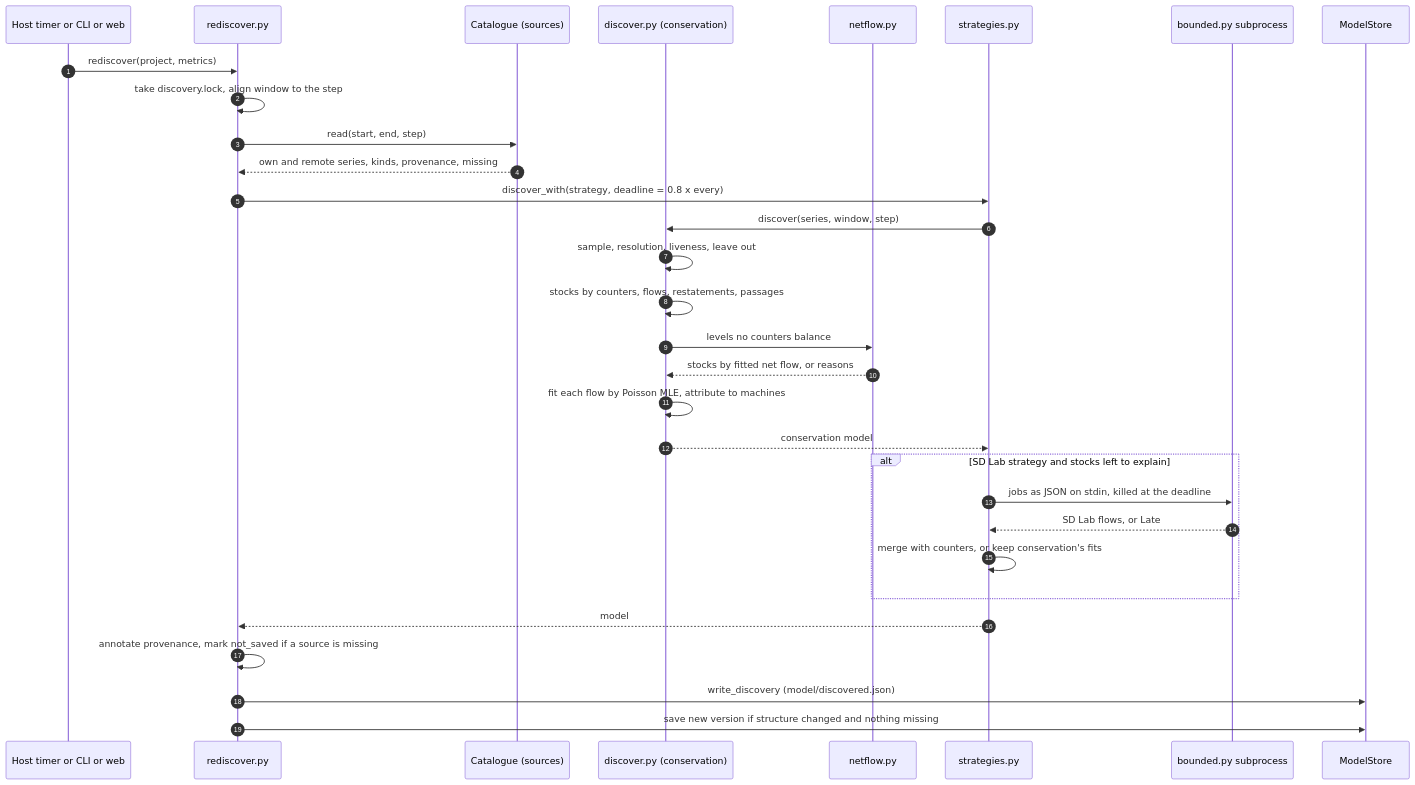
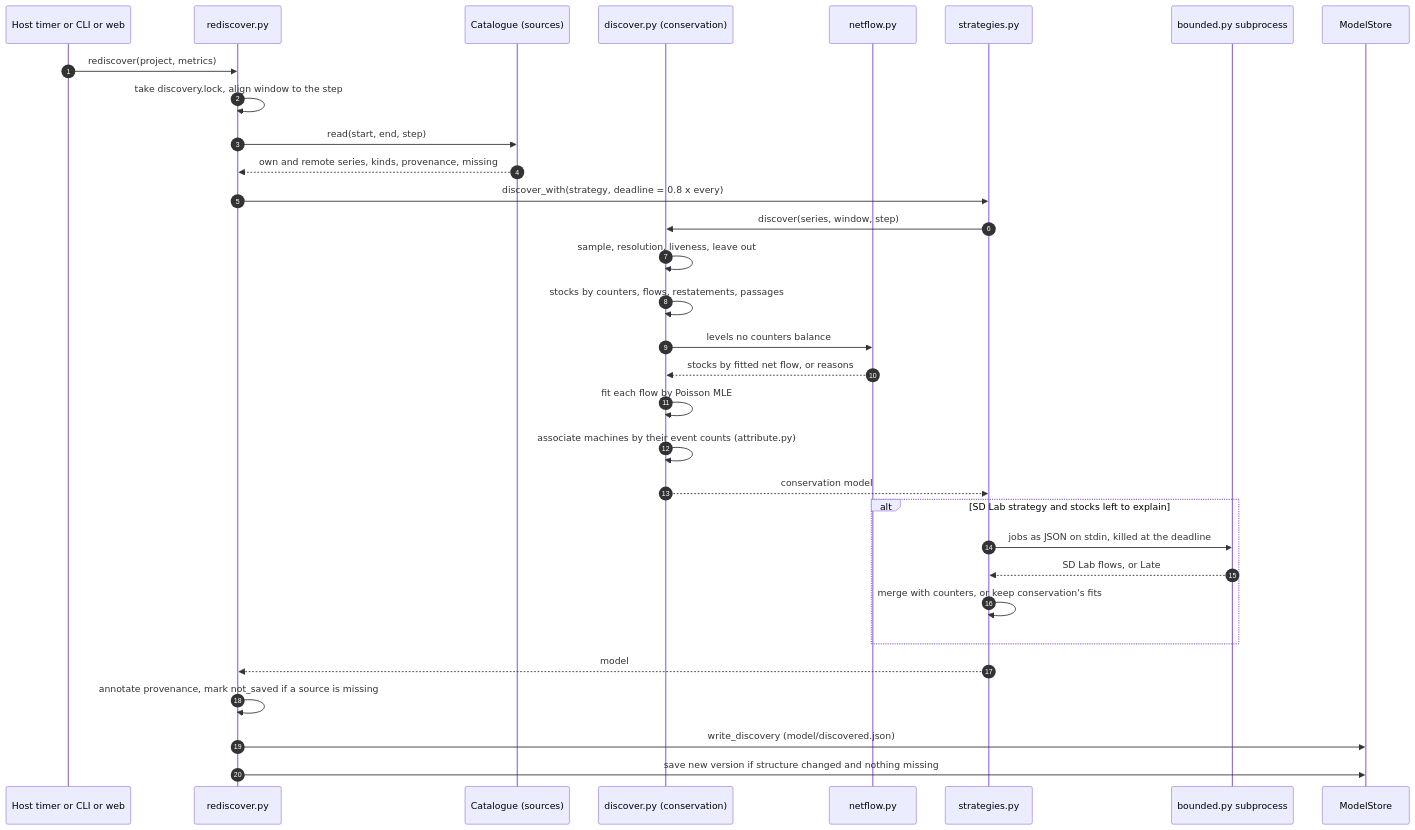
The fifth of 7 diagrams in ARCHITECTURE.md (danroblewis/orchestra), drawn with Mermaid before and after one commit. The commit also changed other lines of this file and 52 other files, not shown here.

First line of the commit message:
Measurements are not machines: instruments, and machines associated with flows only as hypotheses

````diff
--- a/ARCHITECTURE.md
+++ b/ARCHITECTURE.md
@@ -334,33 +356,34 @@
 ```mermaid
 sequenceDiagram
   autonumber
   participant H as Host timer or CLI or web
   participant RD as rediscover.py
   participant CA as Catalogue (sources)
   participant CS as discover.py (conservation)
   participant NF as netflow.py
   participant ST as strategies.py
   participant BD as bounded.py subprocess
   participant MS as ModelStore
   H->>RD: rediscover(project, metrics)
   RD->>RD: take discovery.lock, align window to the step
   RD->>CA: read(start, end, step)
   CA-->>RD: own and remote series, kinds, provenance, missing
   RD->>ST: discover_with(strategy, deadline = 0.8 x every)
   ST->>CS: discover(series, window, step)
   CS->>CS: sample, resolution, liveness, leave out
   CS->>CS: stocks by counters, flows, restatements, passages
   CS->>NF: levels no counters balance
   NF-->>CS: stocks by fitted net flow, or reasons
-  CS->>CS: fit each flow by Poisson MLE, attribute to machines
+  CS->>CS: fit each flow by Poisson MLE
+  CS->>CS: associate machines by their event counts (attribute.py)
   CS-->>ST: conservation model
   alt SD Lab strategy and stocks left to explain
     ST->>BD: jobs as JSON on stdin, killed at the deadline
     BD-->>ST: SD Lab flows, or Late
     ST->>ST: merge with counters, or keep conservation's fits
   end
   ST-->>RD: model
   RD->>RD: annotate provenance, mark not_saved if a source is missing
   RD->>MS: write_discovery (model/discovered.json)
   RD->>MS: save new version if structure changed and nothing missing
 ```
````
